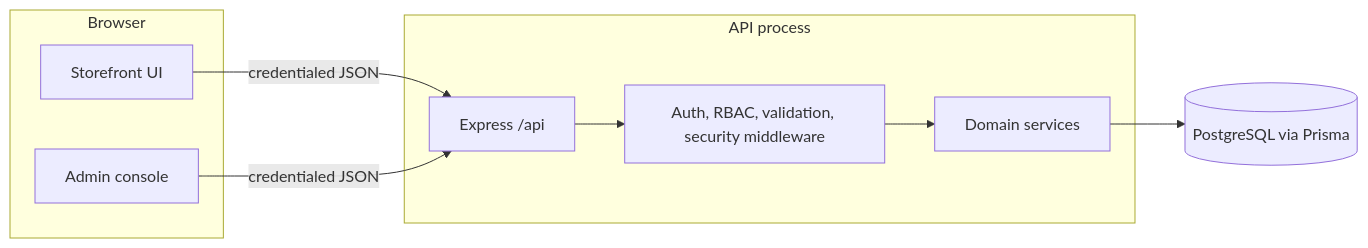
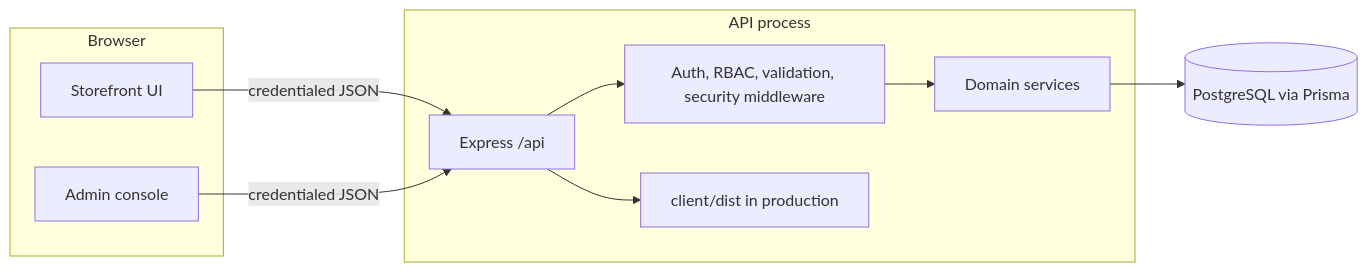
The first of 5 diagrams in docs/ARCHITECTURE.md (rpath97/commerce-operations-platform), drawn with Mermaid before and after one commit. The commit also changed other lines of this file and 3 other files, not shown here.

````diff
--- a/docs/ARCHITECTURE.md
+++ b/docs/ARCHITECTURE.md
@@ -7,19 +7,21 @@
 ```mermaid
 flowchart LR
   subgraph client [Browser]
     Storefront[Storefront UI]
     AdminUI[Admin console]
   end
 
   subgraph server [API process]
     Express[Express /api]
     MW[Auth, RBAC, validation, security middleware]
     Services[Domain services]
+    SPA[client/dist in production]
   end
 
   DB[(PostgreSQL via Prisma)]
 
   Storefront -->|credentialed JSON| Express
   AdminUI -->|credentialed JSON| Express
   Express --> MW --> Services --> DB
+  Express --> SPA
 ```
````
